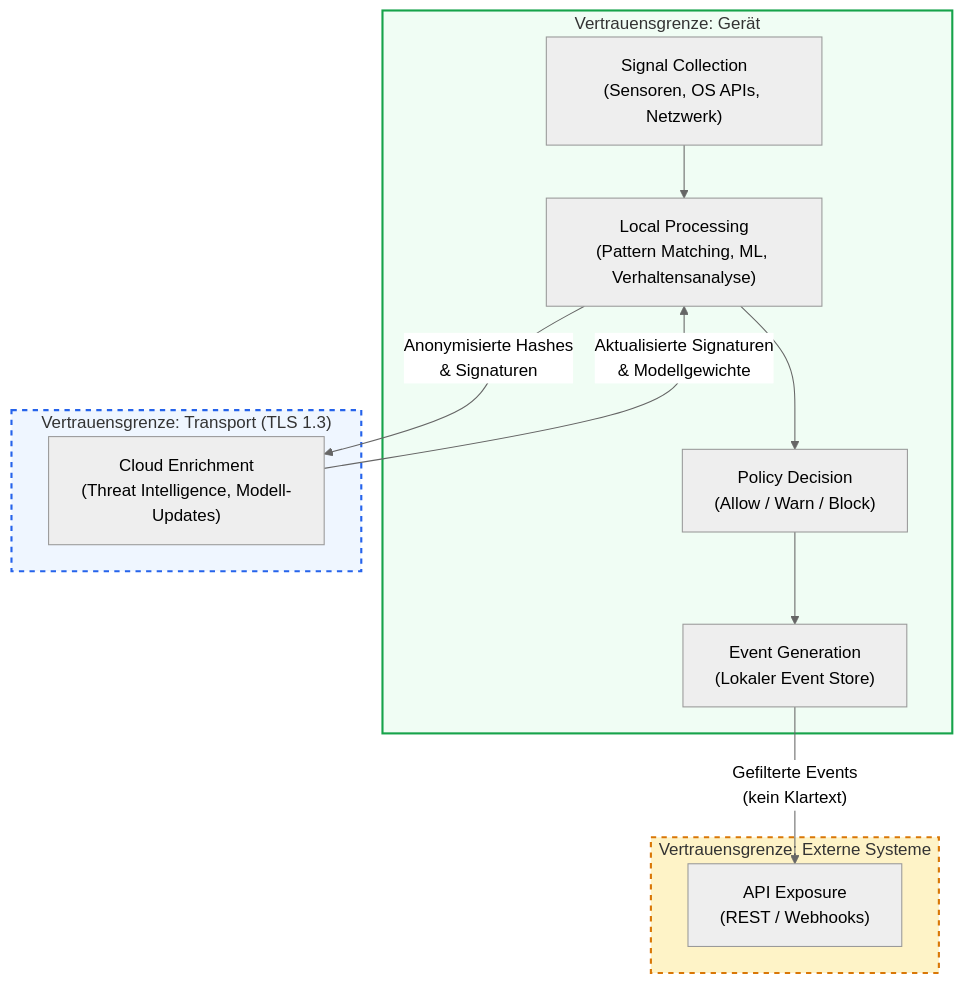
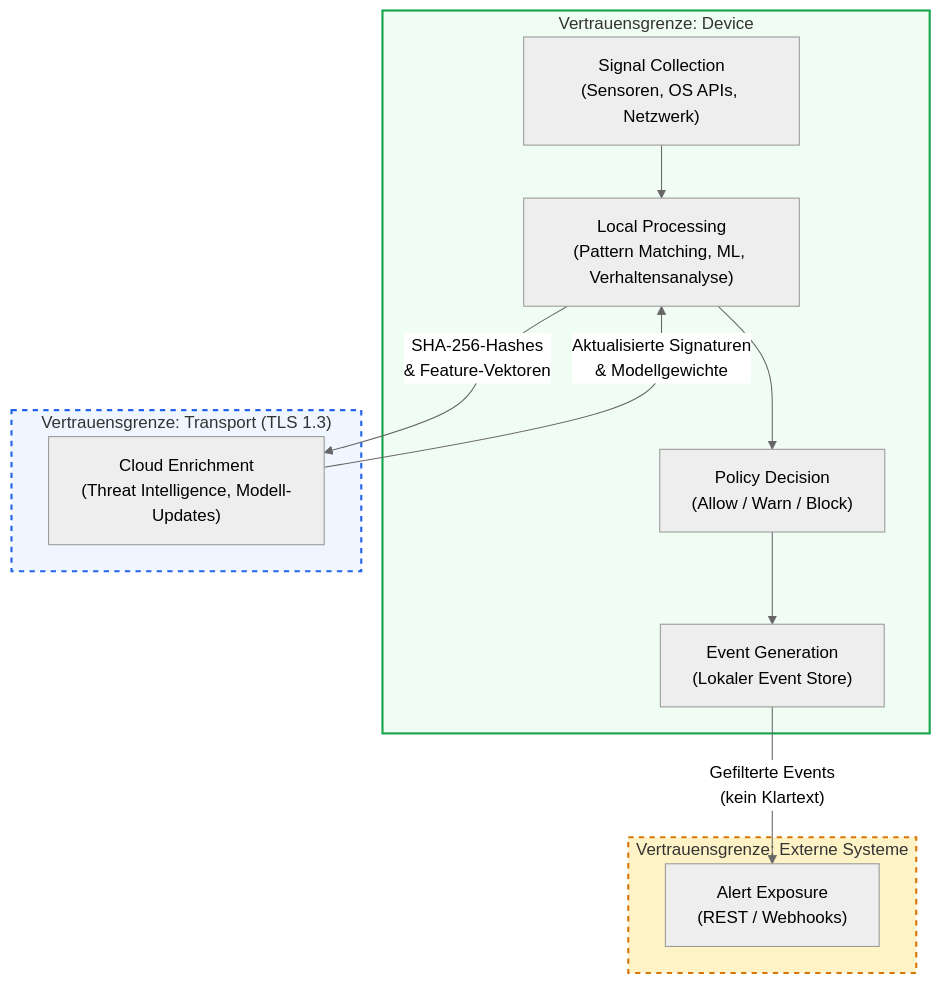
One commit to benediktpoller/docs.superheld.app changed the diagram in astro-site/src/content/docs/experts/data-flows.mdx. Above: the diagram before and after it, drawn with Mermaid (neutral theme). The commit also changed other lines of this file and 15 other files, not shown here.

````diff
--- a/astro-site/src/content/docs/experts/data-flows.mdx
+++ b/astro-site/src/content/docs/experts/data-flows.mdx
@@ -13,21 +17,21 @@
 ```mermaid
 flowchart TD
-    subgraph TB1["Vertrauensgrenze: Gerät"]
+    subgraph TB1["Vertrauensgrenze: Device"]
         A["Signal Collection\n(Sensoren, OS APIs, Netzwerk)"] --> B["Local Processing\n(Pattern Matching, ML, Verhaltensanalyse)"]
         B --> C["Policy Decision\n(Allow / Warn / Block)"]
         C --> D["Event Generation\n(Lokaler Event Store)"]
     end
 
     subgraph TB2["Vertrauensgrenze: Transport (TLS 1.3)"]
-        B -->|"Anonymisierte Hashes\n& Signaturen"| E["Cloud Enrichment\n(Threat Intelligence, Modell-Updates)"]
+        B -->|"SHA-256-Hashes\n& Feature-Vektoren"| E["Cloud Enrichment\n(Threat Intelligence, Modell-Updates)"]
         E -->|"Aktualisierte Signaturen\n& Modellgewichte"| B
     end
 
     subgraph TB3["Vertrauensgrenze: Externe Systeme"]
-        D -->|"Gefilterte Events\n(kein Klartext)"| F["API Exposure\n(REST / Webhooks)"]
+        D -->|"Gefilterte Events\n(kein Klartext)"| F["Alert Exposure\n(REST / Webhooks)"]
     end
 
     style TB1 fill:#f0fdf4,stroke:#16a34a,stroke-width:2px
     style TB2 fill:#eff6ff,stroke:#2563eb,stroke-width:2px,stroke-dasharray:5
     style TB3 fill:#fef3c7,stroke:#d97706,stroke-width:2px,stroke-dasharray:5
 ```
````
